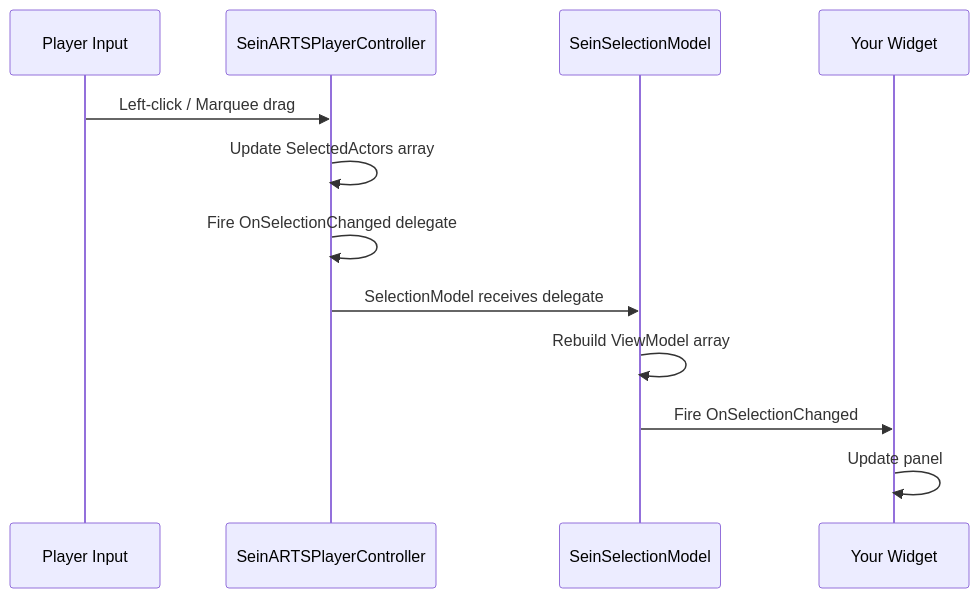
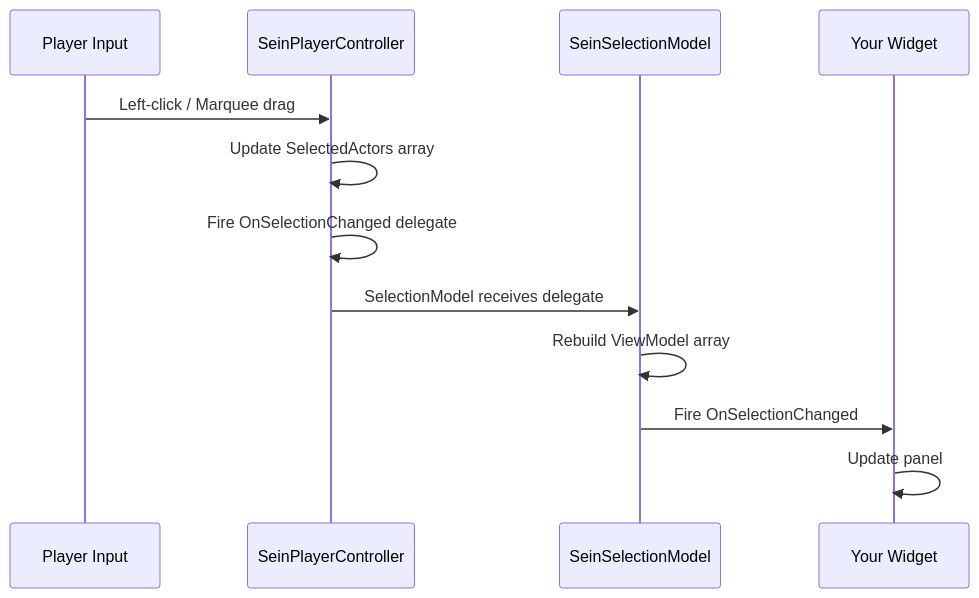
One commit to RJPhenom/SeinARTSFramework changed the diagram in docs/docs/guides/selection.md. Above: the diagram before and after it, drawn with Mermaid. The commit also changed other lines of this file and 39 other files, not shown here.

````diff
--- a/docs/docs/guides/selection.md
+++ b/docs/docs/guides/selection.md
@@ -9,15 +9,15 @@
 ```mermaid
 sequenceDiagram
     participant Mouse as Player Input
-    participant PC as SeinARTSPlayerController
+    participant PC as SeinPlayerController
     participant SM as SeinSelectionModel
     participant UI as Your Widget
 
     Mouse->>PC: Left-click / Marquee drag
     PC->>PC: Update SelectedActors array
     PC->>PC: Fire OnSelectionChanged delegate
     PC->>SM: SelectionModel receives delegate
     SM->>SM: Rebuild ViewModel array
     SM->>UI: Fire OnSelectionChanged
     UI->>UI: Update panel
 ```
````
